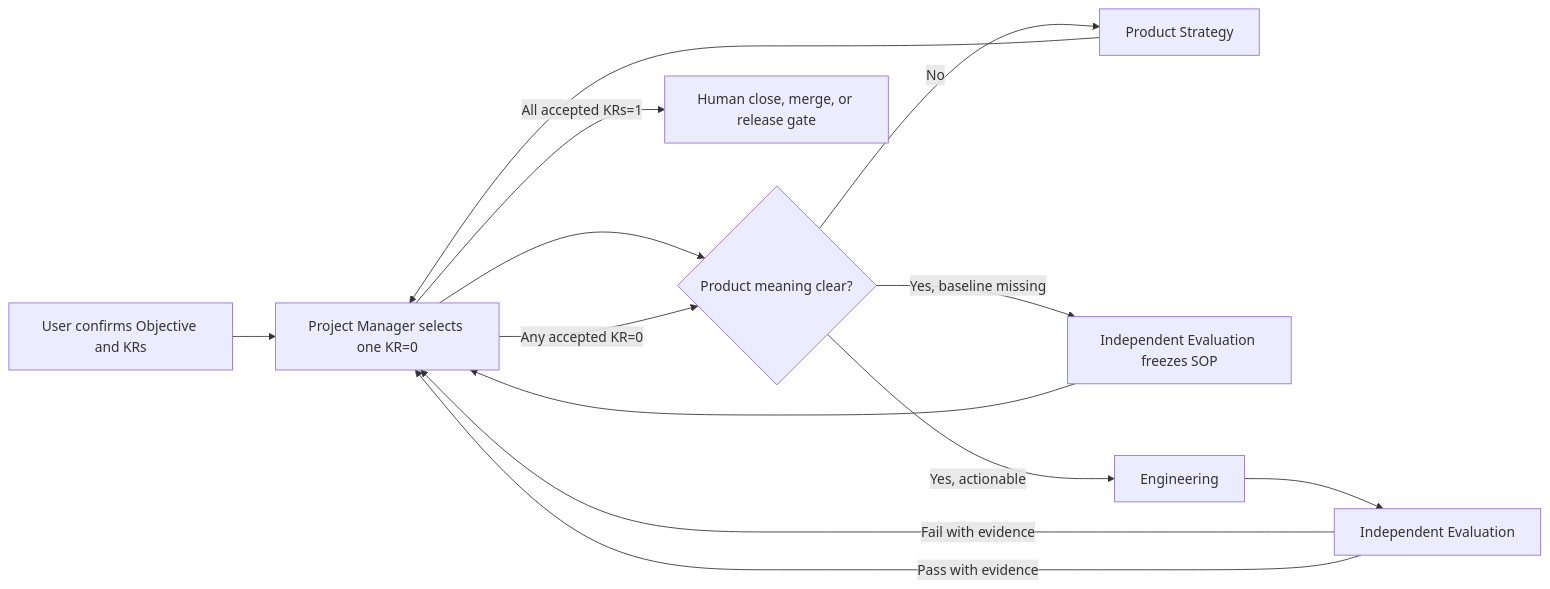
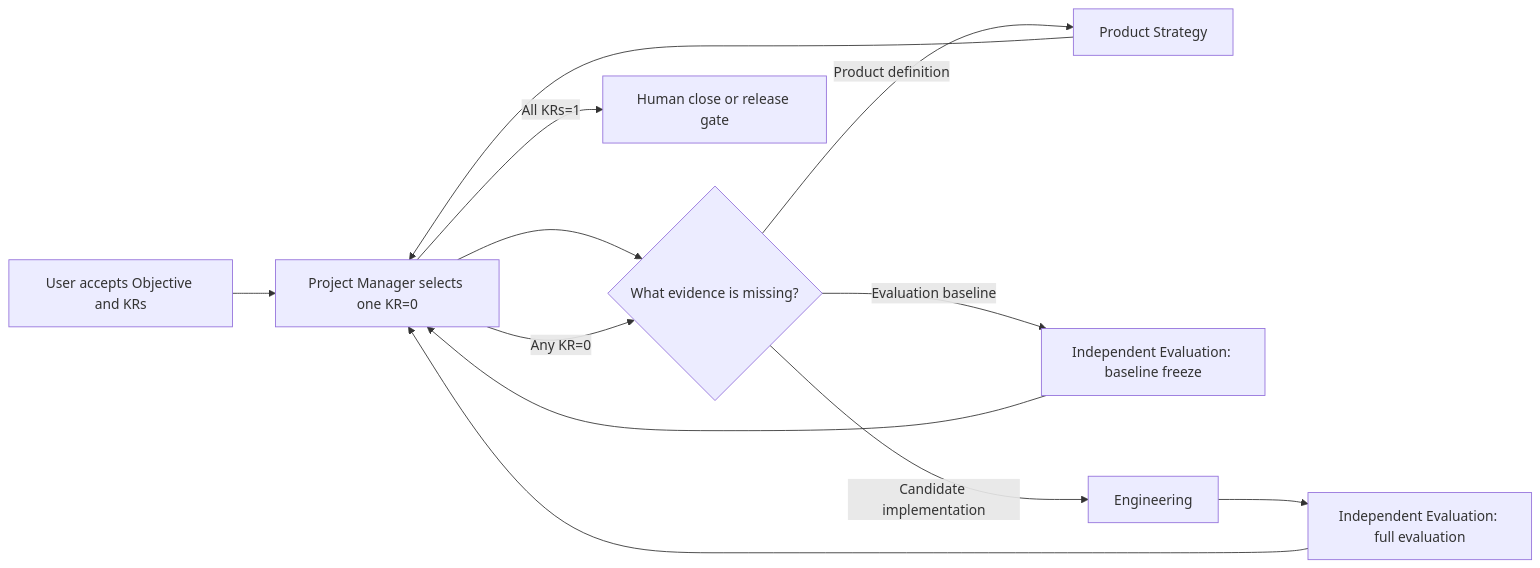
One commit to Deepleaper/Code-role changed the first of 2 diagrams in README.md. Above: the diagram before and after it, drawn with Mermaid. The commit also changed other lines of this file and 14 other files, not shown here.

````diff
--- a/README.md
+++ b/README.md
@@ -43,15 +74,14 @@
 ```mermaid
 flowchart LR
-    U["User confirms Objective and KRs"] --> PM["Project Manager selects one KR=0"]
-    PM --> D{"Product meaning clear?"}
-    D -- "No" --> P["Product Strategy"]
+    U["User accepts Objective and KRs"] --> PM["Project Manager selects one KR=0"]
+    PM --> D{"What evidence is missing?"}
+    D -- "Product definition" --> P["Product Strategy"]
+    D -- "Evaluation baseline" --> V0["Independent Evaluation: baseline freeze"]
+    D -- "Candidate implementation" --> E["Engineering"]
+    E --> V["Independent Evaluation: full evaluation"]
     P --> PM
-    D -- "Yes, baseline missing" --> V0["Independent Evaluation freezes SOP"]
     V0 --> PM
-    D -- "Yes, actionable" --> E["Engineering"]
-    E --> V["Independent Evaluation"]
-    V -- "Fail with evidence" --> PM
-    V -- "Pass with evidence" --> PM
-    PM -- "Any accepted KR=0" --> D
-    PM -- "All accepted KRs=1" --> H["Human close, merge, or release gate"]
+    V --> PM
+    PM -- "Any KR=0" --> D
+    PM -- "All KRs=1" --> H["Human close or release gate"]
 ```
````
